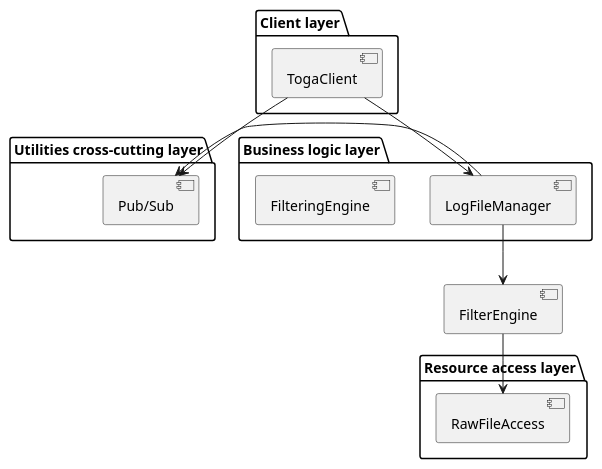
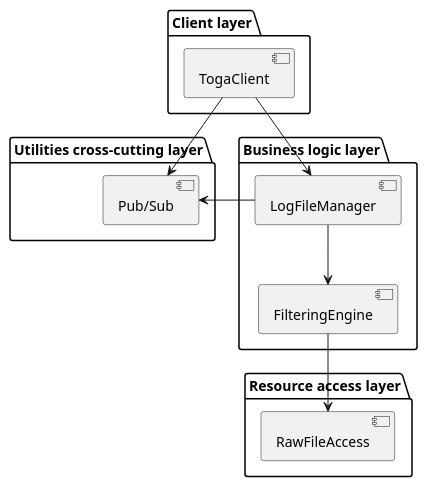
The second of 2 diagrams in docs/design.rst (rknuus/LoAFi), drawn with PlantUML before and after one commit.

Commit message:
Fixup name in decomposition diagram

```diff
--- a/docs/design.rst
+++ b/docs/design.rst
@@ -52,24 +52,24 @@
 .. uml::
 
   package "Client layer" {
     [TogaClient]
   }
 
   package "Business logic layer" {
     [LogFileManager]
     [FilteringEngine]
   }
 
   package "Resource access layer" {
     [RawFileAccess]
   }
 
   package "Utilities cross-cutting layer" {
     [Pub/Sub]
   }
 
   [TogaClient] -down-> [LogFileManager]
-  [LogFileManager] -down-> [FilterEngine]
-  [FilterEngine] -down-> [RawFileAccess]
+  [LogFileManager] -down-> [FilteringEngine]
+  [FilteringEngine] -down-> [RawFileAccess]
   [TogaClient] -right-> [Pub/Sub]
   [LogFileManager] -right-> [Pub/Sub]
```
